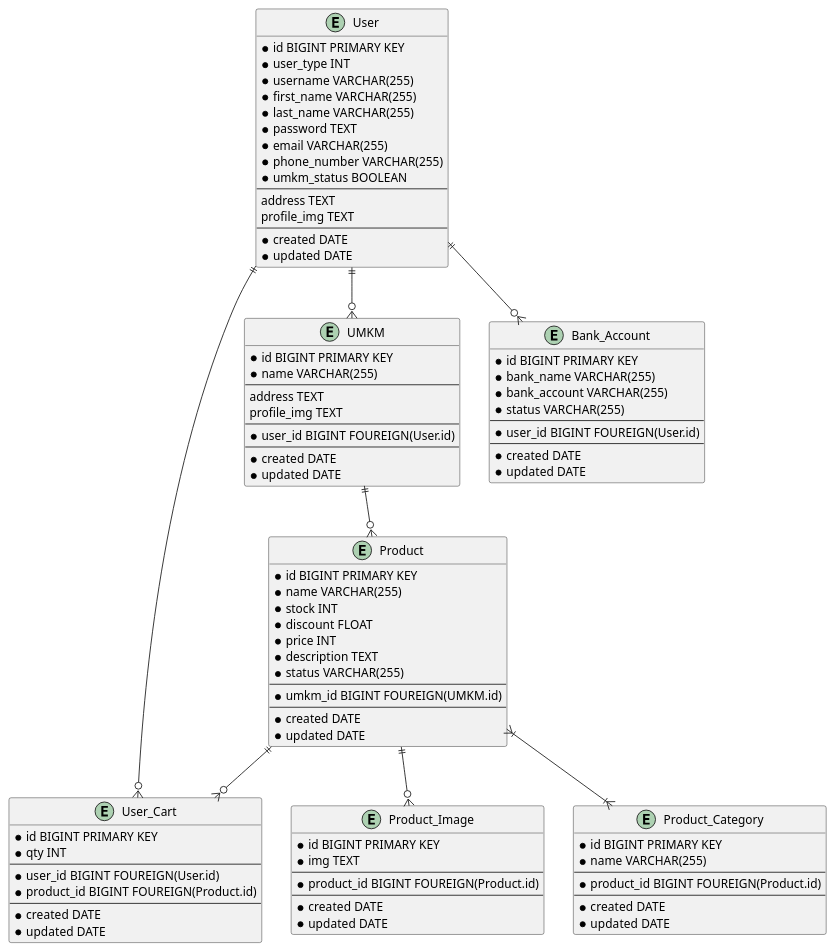
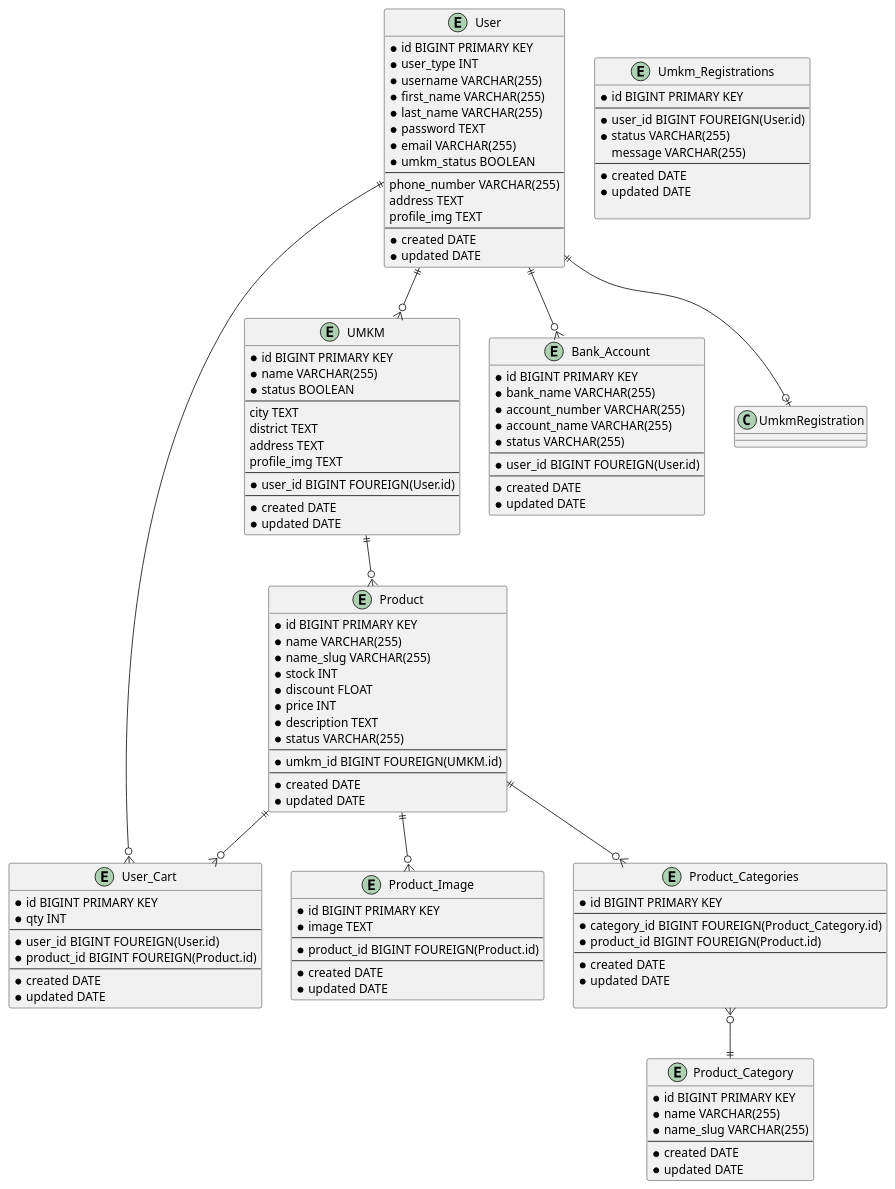
The diagram in db_design.puml (vithiaz/ecomm_UMKM_tomohon), drawn with PlantUML before and after one commit. The commit also changed 154 other files, not shown here.

```diff
--- a/db_design.puml
+++ b/db_design.puml
@@ -1,103 +1,146 @@
 @startuml
 
 entity User {
     * id BIGINT PRIMARY KEY
     * user_type INT
     * username VARCHAR(255)
     * first_name VARCHAR(255)
     * last_name VARCHAR(255)
     * password TEXT
     * email VARCHAR(255)
-    * phone_number VARCHAR(255)
     * umkm_status BOOLEAN
     --
+    phone_number VARCHAR(255)
     address TEXT
     profile_img TEXT
     --
     * created DATE
     * updated DATE
 }
 
 entity User_Cart {
     * id BIGINT PRIMARY KEY
     * qty INT
     --
     * user_id BIGINT FOUREIGN(User.id)
     * product_id BIGINT FOUREIGN(Product.id)
     --
     * created DATE
     * updated DATE
 }
 
 entity UMKM {
     * id BIGINT PRIMARY KEY
     * name VARCHAR(255)
+    * status BOOLEAN
     --
+    city TEXT
+    district TEXT
     address TEXT
     profile_img TEXT
     --
     * user_id BIGINT FOUREIGN(User.id)
     --
     * created DATE
     * updated DATE
 }
 
 entity Bank_Account {
     * id BIGINT PRIMARY KEY
     * bank_name VARCHAR(255)
-    * bank_account VARCHAR(255)
+    * account_number VARCHAR(255)
+    * account_name VARCHAR(255)
     * status VARCHAR(255)
+    ' request
+    ' acc
+    ' revoked
+    ' rejected
     --
     * user_id BIGINT FOUREIGN(User.id)
     --
     * created DATE
     * updated DATE
 }
 
 entity Product {
     * id BIGINT PRIMARY KEY
     * name VARCHAR(255)
+    * name_slug VARCHAR(255)
     * stock INT
     * discount FLOAT
     * price INT
     * description TEXT
     * status VARCHAR(255)
+    ' active
+    ' disabled
+    ' revoked
     --
     * umkm_id BIGINT FOUREIGN(UMKM.id)
     --
     * created DATE
     * updated DATE
 }
 
 entity Product_Image {
     * id BIGINT PRIMARY KEY
-    * img TEXT
+    * image TEXT
     --
     * product_id BIGINT FOUREIGN(Product.id)
     --
     * created DATE
     * updated DATE
 }
 
 entity Product_Category {
     * id BIGINT PRIMARY KEY
     * name VARCHAR(255)
-    --
-    * product_id BIGINT FOUREIGN(Product.id)
+    * name_slug VARCHAR(255)
     --
     * created DATE
     * updated DATE
 }
 
+entity Product_Categories {
+    * id BIGINT PRIMARY KEY
+    --
+    * category_id BIGINT FOUREIGN(Product_Category.id)
+    * product_id BIGINT FOUREIGN(Product.id)
+    --
+    * created DATE
+    * updated DATE
+
+}
+
+entity Umkm_Registrations {
+    * id BIGINT PRIMARY KEY
+    --
+    * user_id BIGINT FOUREIGN(User.id)
+    * status VARCHAR(255) 
+    ' request
+    ' acc
+    ' rejected
+    ' revoked
+    message VARCHAR(255)
+    --
+    * created DATE
+    * updated DATE
+
+}
+
+
 ' Relation
 User ||--o{ UMKM
 User ||--o{ Bank_Account
 User ||--o{ User_Cart
+User ||--o| UmkmRegistration
 
 UMKM ||--o{ Product
 
 Product ||--o{ Product_Image
-Product }|--|{ Product_Category
+Product ||--o{ Product_Categories
+
+Product_Categories }o--|| Product_Category
+
 Product ||--o{ User_Cart
 
 @enduml
```
